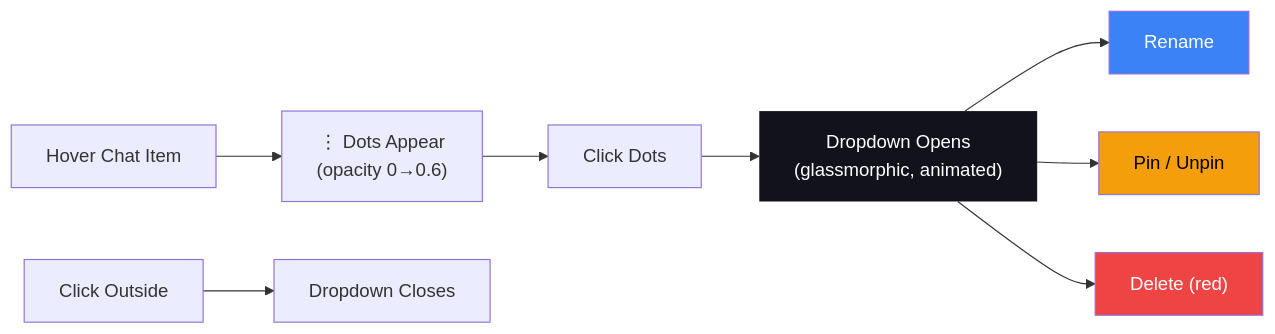
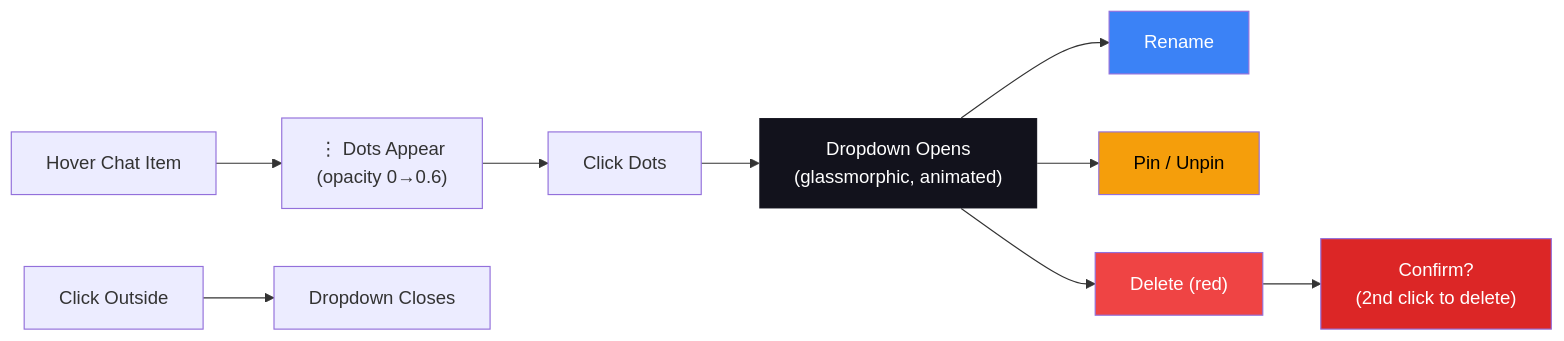
The fifth of 6 diagrams in REPORT.md (Venkateswara-Sahu/AI_Powered_Text-to-SQL_RAG_Chatbot), drawn with Mermaid before and after one commit. The commit also changed other lines of this file and 8 other files, not shown here.

Commit message:
added architecture page

````diff
--- a/REPORT.md
+++ b/REPORT.md
@@ -500,15 +500,17 @@
 ```mermaid
 flowchart LR
     H["Hover Chat Item"] --> D["⋮ Dots Appear<br/>(opacity 0→0.6)"]
     D --> C["Click Dots"]
     C --> M["Dropdown Opens<br/>(glassmorphic, animated)"]
     M --> R["Rename"]
     M --> P["Pin / Unpin"]
     M --> X["Delete (red)"]
+    X --> CF["Confirm?<br/>(2nd click to delete)"]
     C2["Click Outside"] --> CL["Dropdown Closes"]
 
     style M fill:#12121c,color:#fff,stroke:#ffffff14
     style X fill:#ef4444,color:#fff
+    style CF fill:#dc2626,color:#fff
     style P fill:#f59e0b,color:#000
     style R fill:#3b82f6,color:#fff
 ```
````
